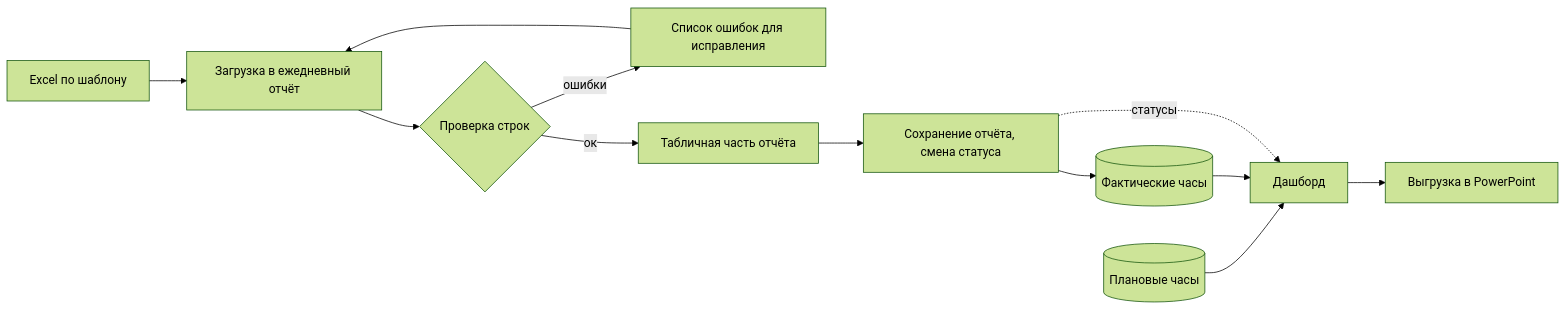
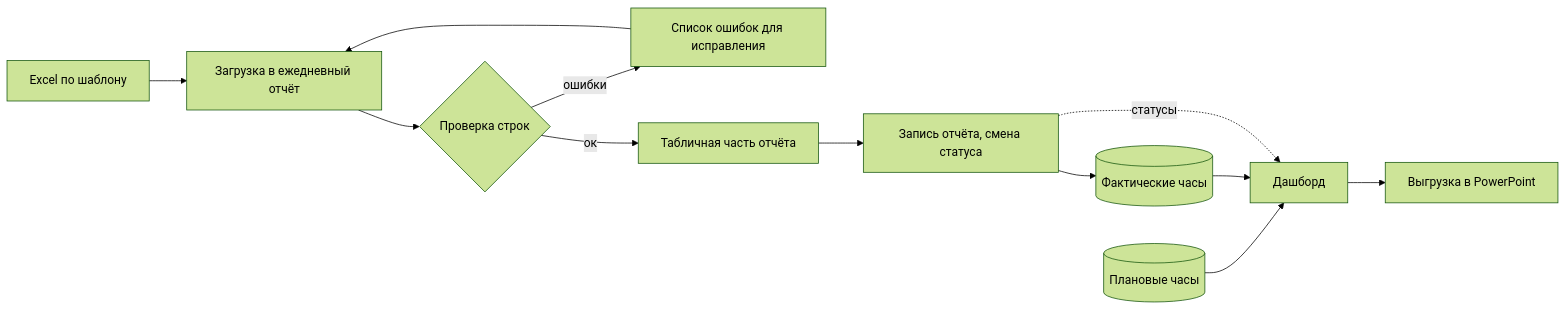
Before and after one commit to anastasiakochetova/1C-document: the diagram in docs/1c-integration.md, drawn with Mermaid (forest theme). The commit also changed other lines of this file, not shown here.

````diff
--- a/docs/1c-integration.md
+++ b/docs/1c-integration.md
@@ -17,14 +28,14 @@
 ```mermaid
 flowchart LR
     A[Excel по шаблону] --> B[Загрузка в ежедневный отчёт]
     B --> C{Проверка строк}
     C -- ошибки --> D[Список ошибок для исправления]
     D --> B
     C -- ок --> E[Табличная часть отчёта]
-    E --> F[Сохранение отчёта, смена статуса]
+    E --> F[Запись отчёта, смена статуса]
     F --> G[(Фактические часы)]
     H[(Плановые часы)] --> I[Дашборд]
     G --> I
     F -. статусы .-> I
     I --> J[Выгрузка в PowerPoint]
 ```
````
